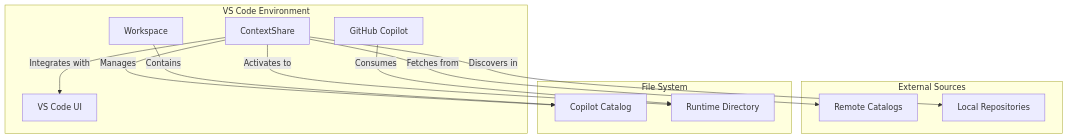
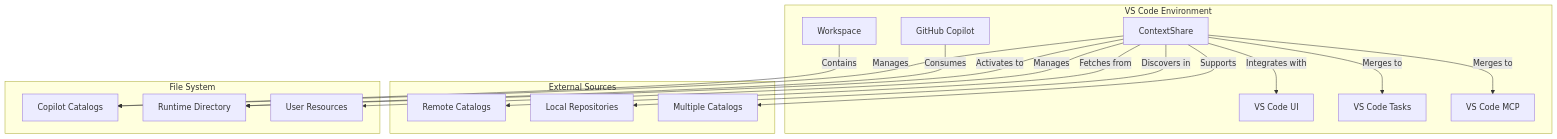
The first of 10 diagrams in SOFTWARE_ARCHITECTURE_SPECIFICATION.md (microsoft/ContextShare), drawn with Mermaid before and after one commit. The commit also changed other lines of this file and 20 other files, not shown here.

````diff
--- a/SOFTWARE_ARCHITECTURE_SPECIFICATION.md
+++ b/SOFTWARE_ARCHITECTURE_SPECIFICATION.md
@@ -62,27 +66,35 @@
 ```mermaid
 graph TB
     subgraph "VS Code Environment"
-  CM[ContextShare]
+        CM[ContextShare]
         GC[GitHub Copilot]
         WS[Workspace]
         UI[VS Code UI]
+        VST[VS Code Tasks]
+        VSM[VS Code MCP]
     end
     
     subgraph "External Sources"
         RC[Remote Catalogs]
         LR[Local Repositories]
+        MC[Multiple Catalogs]
     end
     
     subgraph "File System"
-        CC[Copilot Catalog]
+        CC[Copilot Catalogs]
         RT[Runtime Directory]
+        UR[User Resources]
     end
     
     CM --> |Manages| CC
     CM --> |Activates to| RT
     CM --> |Fetches from| RC
     CM --> |Discovers in| LR
+    CM --> |Supports| MC
     CM --> |Integrates with| UI
+    CM --> |Merges to| VST
+    CM --> |Merges to| VSM
     GC --> |Consumes| RT
     WS --> |Contains| CC
+    CM --> |Manages| UR
 ```
````
